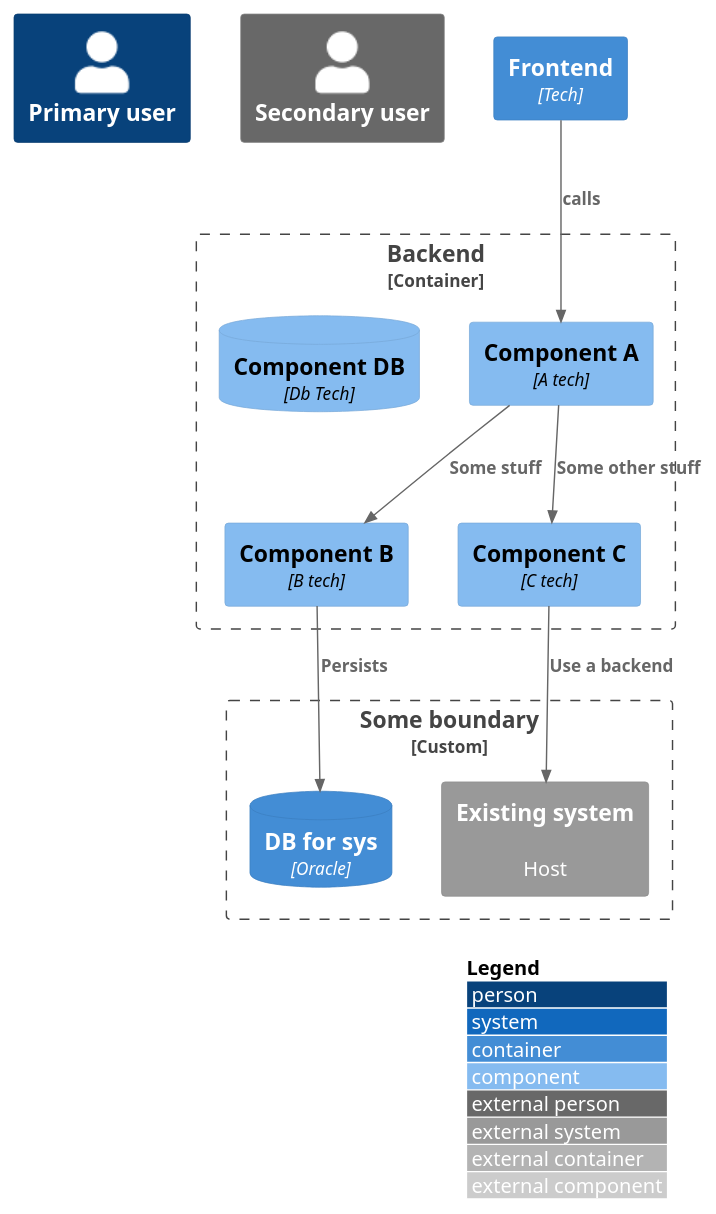
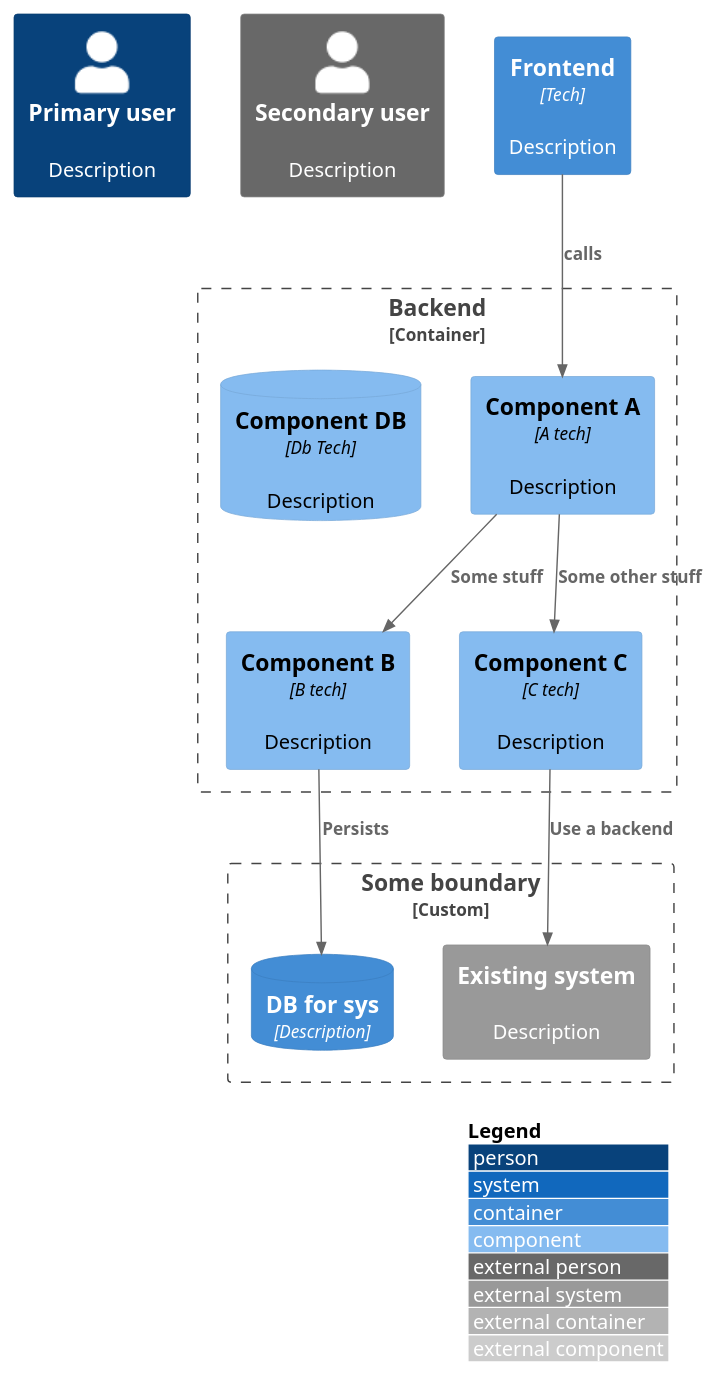
The diagram in test-component.puml (hindsholm/C4-PlantUML), drawn with PlantUML before and after one commit. The commit also changed 6 other files, not shown here.

```diff
--- a/test-component.puml
+++ b/test-component.puml
@@ -1,30 +1,30 @@
 @startuml "Kursinformation - Component Diagram"
 '!include https://raw.githubusercontent.com/Nykredit/C4-PlantUML/production/C4_Container.puml
 !include C4_Component.puml
 
 LAYOUT_WITH_LEGEND()
 
-Person(actorA, "Primary user")
-Person_Ext(actorB, "Secondary user")
+Person(actorA, "Primary user", "Description")
+Person_Ext(actorB, "Secondary user", "Description")
 
-Container(contFrontend, "Frontend", "Tech")
+Container(contFrontend, "Frontend", "Tech", "Description")
 
 Container_Boundary(contBoundary, "Backend") {
-  Component(compA, "Component A", "A tech")
-  Component(compB, "Component B", "B tech")
-  Component(compC, "Component C", "C tech")
-  ComponentDb(compDb, "Component DB", "Db Tech")
+  Component(compA, "Component A", "A tech", "Description")
+  Component(compB, "Component B", "B tech", "Description")
+  Component(compC, "Component C", "C tech", "Description")
+  ComponentDb(compDb, "Component DB", "Db Tech", "Description")
   Rel(compA, compB, "Some stuff")
   Rel(compA, compC, "Some other stuff")
 }
 
 Boundary(custBoundary, "Some boundary", "Custom") {
-  System_Ext(systemB, "Existing system", "Host")
-  ContainerDb(contDb, "DB for sys", "Oracle")
+  System_Ext(systemB, "Existing system", "Description")
+  ContainerDb(contDb, "DB for sys", "Description")
 }
 
 Rel(contFrontend, compA, "calls")
 Rel(compB, contDb, "Persists")
 Rel(compC, systemB, "Use a backend")
 
 @enduml
```
